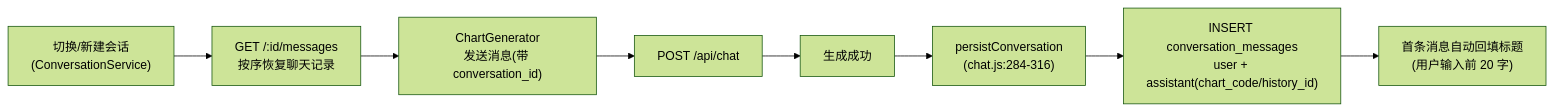
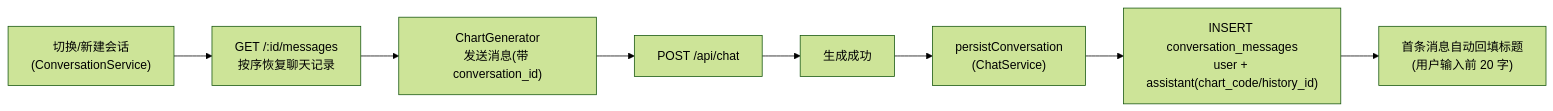
The fifth of 8 diagrams in docs/architecture.md (ljb202510/PGFPlotsGenerator), drawn with Mermaid (forest theme) before and after one commit. The commit also changed other lines of this file and 19 other files, not shown here.

````diff
--- a/docs/architecture.md
+++ b/docs/architecture.md
@@ -300,10 +303,10 @@
 ```mermaid
 flowchart LR
     A["ChartGenerator<br/>发送消息(带 conversation_id)"] --> B["POST /api/chat"]
     B --> C["生成成功"]
-    C --> D["persistConversation<br/>(chat.js:284-316)"]
+    C --> D["persistConversation<br/>(ChatService)"]
     D --> E["INSERT conversation_messages<br/>user + assistant(chart_code/history_id)"]
     E --> F["首条消息自动回填标题<br/>(用户输入前 20 字)"]
     G["切换/新建会话<br/>(ConversationService)"] --> H["GET /:id/messages<br/>按序恢复聊天记录"]
     H --> A
 ```
````
